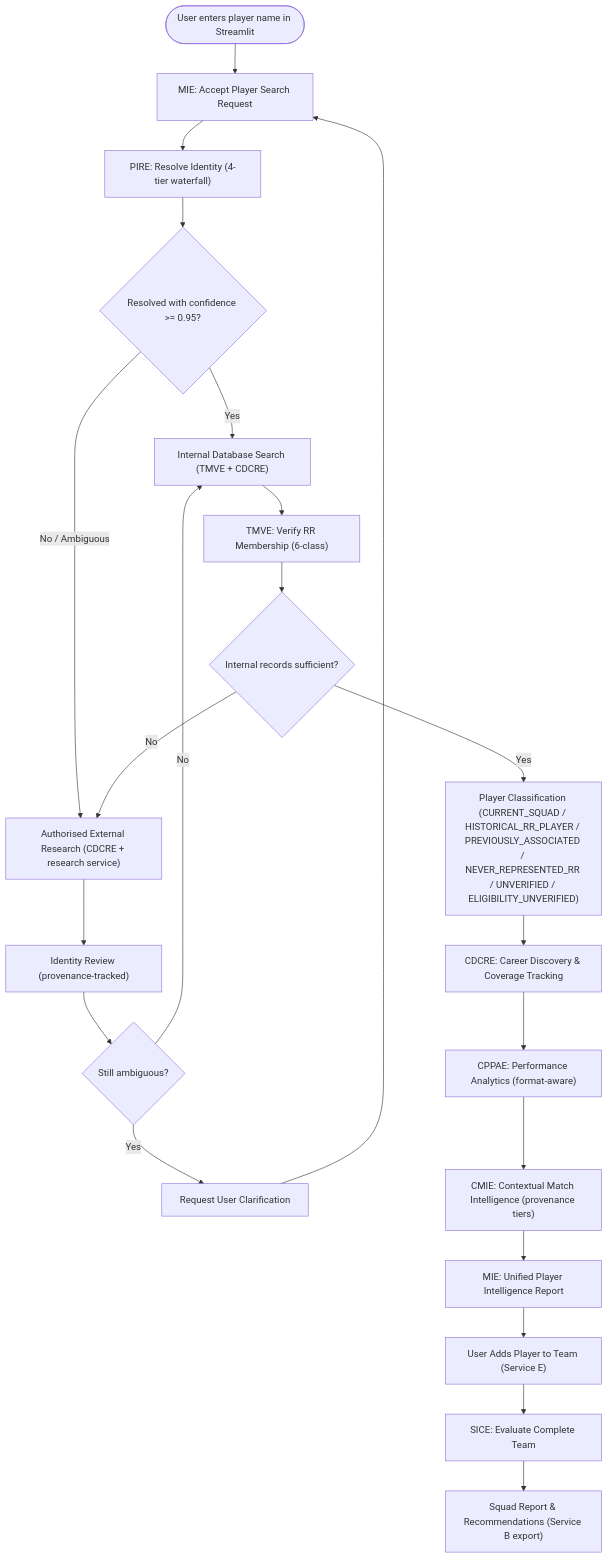
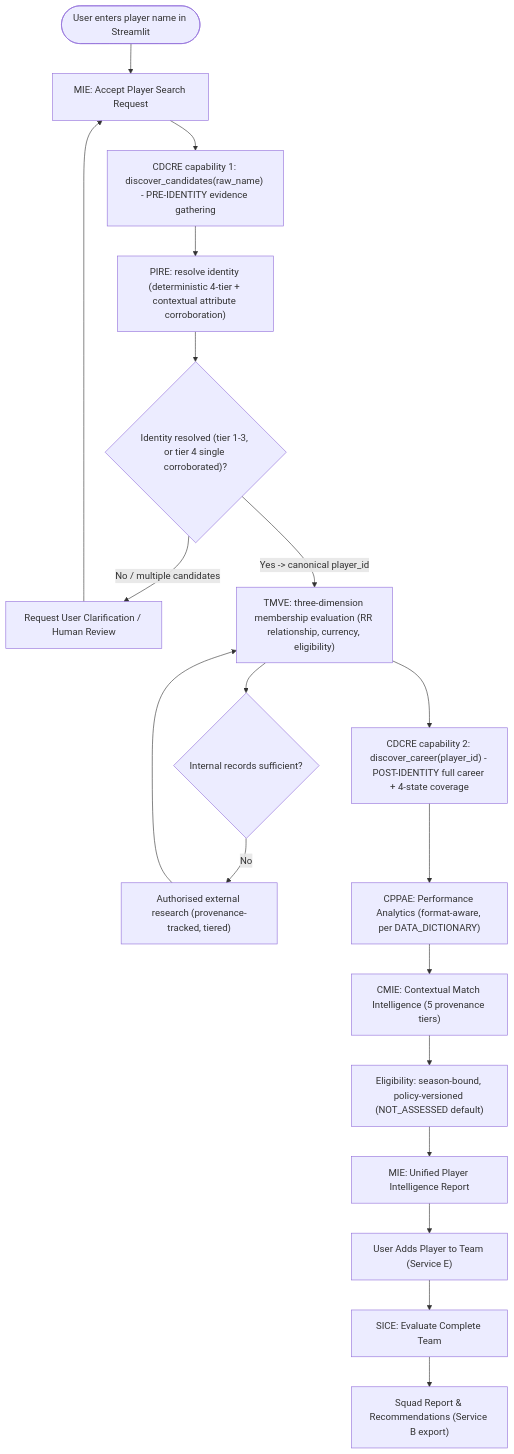
The second of 10 diagrams in docs/ARCHITECTURE.md (Subhadip-Paul2006/IPL_Team), drawn with Mermaid before and after one commit. The commit also changed other lines of this file, not shown here.

````diff
--- a/docs/ARCHITECTURE.md
+++ b/docs/ARCHITECTURE.md
@@ -146,26 +151,24 @@
 ```mermaid
 flowchart TD
     Start(["User enters player name in Streamlit"]) --> MIE_Accept["MIE: Accept Player Search Request"]
-    MIE_Accept --> PIRE_Run["PIRE: Resolve Identity (4-tier waterfall)"]
-    PIRE_Run --> PIRE_Res{"Resolved with confidence >= 0.95?"}
+    MIE_Accept --> CandiDisc["CDCRE capability 1: discover_candidates(raw_name) - PRE-IDENTITY evidence gathering"]
+    CandiDisc --> PIRE_Run["PIRE: resolve identity (deterministic 4-tier + contextual attribute corroboration)"]
+    PIRE_Run --> PIRE_Res{"Identity resolved (tier 1-3, or tier 4 single corroborated)?"}
 
-    PIRE_Res -- "Yes" --> InternalDB["Internal Database Search (TMVE + CDCRE)"]
-    PIRE_Res -- "No / Ambiguous" --> ExtResearch["Authorised External Research (CDCRE + research service)"]
-    ExtResearch --> IdentityReview["Identity Review (provenance-tracked)"]
-    IdentityReview --> Ambig{"Still ambiguous?"}
-    Ambig -- "Yes" --> UserClarify["Request User Clarification"] --> MIE_Accept
-    Ambig -- "No" --> InternalDB
+    PIRE_Res -- "No / multiple candidates" --> UserClarify["Request User Clarification / Human Review"]
+    UserClarify --> MIE_Accept
 
-    InternalDB --> TMVE_Run["TMVE: Verify RR Membership (6-class)"]
-    TMVE_Run --> TMVE_Res{"Internal records sufficient?"}
-    TMVE_Res -- "No" --> ExtResearch
-    TMVE_Res -- "Yes" --> Classify["Player Classification (CURRENT_SQUAD / HISTORICAL_RR_PLAYER / PREVIOUSLY_ASSOCIATED / NEVER_REPRESENTED_RR / UNVERIFIED / ELIGIBILITY_UNVERIFIED)"]
+    PIRE_Res -- "Yes -> canonical player_id" --> TMVE_Run["TMVE: three-dimension membership evaluation (RR relationship, currency, eligibility)"]
+    TMVE_Run --> InternalSuf{"Internal records sufficient?"}
+    InternalSuf -- "No" --> ExtResearch["Authorised external research (provenance-tracked, tiered)"]
+    ExtResearch --> TMVE_Run
 
-    Classify --> CDCRE_Run["CDCRE: Career Discovery & Coverage Tracking"]
-    CDCRE_Run --> CPPAE_Run["CPPAE: Performance Analytics (format-aware)"]
-    CPPAE_Run --> CMIE_Run["CMIE: Contextual Match Intelligence (provenance tiers)"]
-    CMIE_Run --> Unified["MIE: Unified Player Intelligence Report"]
+    TMVE_Run --> CDCRE_Career["CDCRE capability 2: discover_career(player_id) - POST-IDENTITY full career + 4-state coverage"]
+    CDCRE_Career --> CPPAE_Run["CPPAE: Performance Analytics (format-aware, per DATA_DICTIONARY)"]
+    CPPAE_Run --> CMIE_Run["CMIE: Contextual Match Intelligence (5 provenance tiers)"]
+    CMIE_Run --> EligAssess["Eligibility: season-bound, policy-versioned (NOT_ASSESSED default)"]
+    EligAssess --> Unified["MIE: Unified Player Intelligence Report"]
     Unified --> AddTeam["User Adds Player to Team (Service E)"]
     AddTeam --> SICE_Run["SICE: Evaluate Complete Team"]
     SICE_Run --> SquadReport["Squad Report & Recommendations (Service B export)"]
 ```
````
